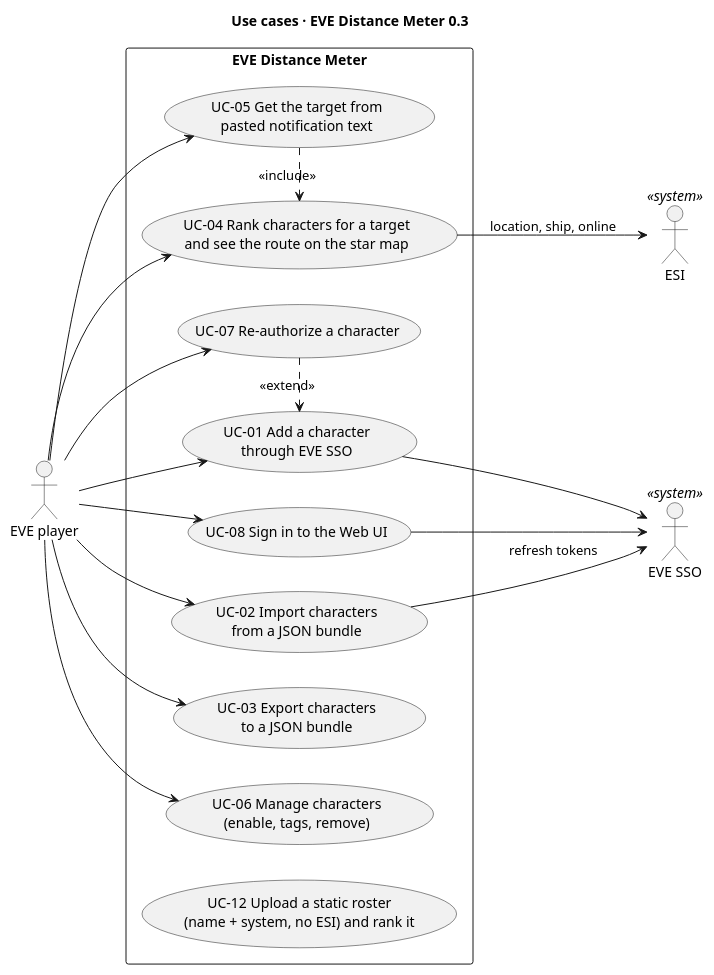
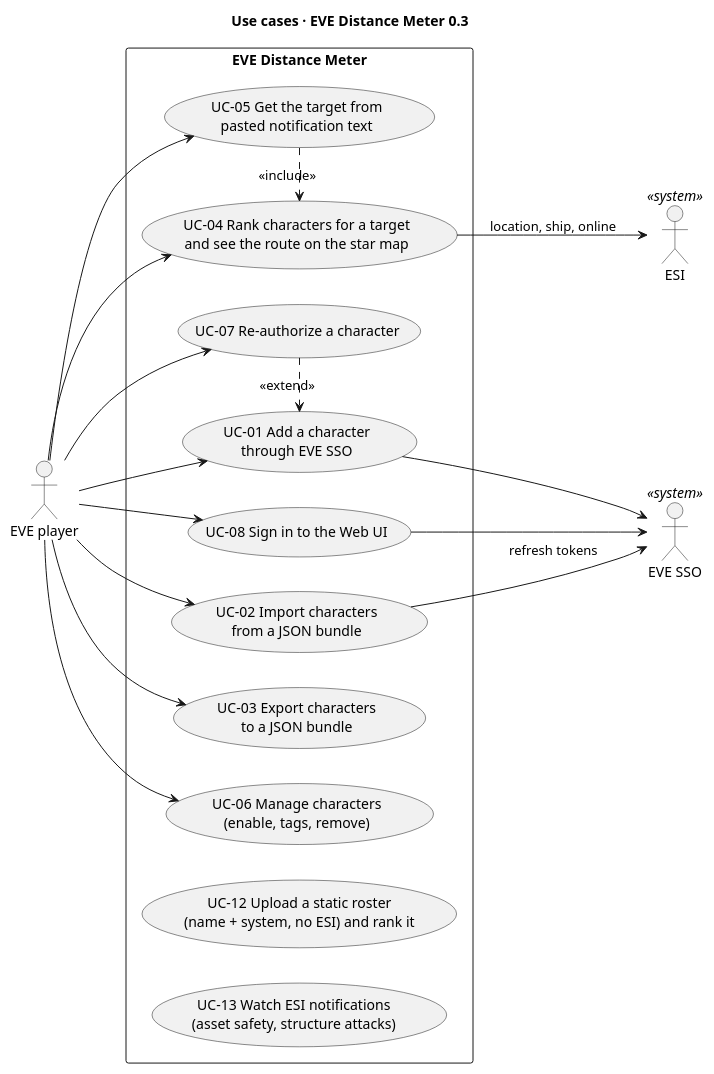
One commit to Headruner/war-bot-2 changed the diagram in docs/c4/00-use-cases.puml. Above: the diagram before and after it, drawn with PlantUML. The commit also changed 8 other files, not shown here.

```diff
--- a/docs/c4/00-use-cases.puml
+++ b/docs/c4/00-use-cases.puml
@@ -1,34 +1,35 @@
 @startuml use-cases
 title Use cases · EVE Distance Meter 0.3
 left to right direction
 skinparam shadowing false
 skinparam packageStyle rectangle
 actor "EVE player" as user
 actor "EVE SSO" as sso <<system>>
 actor "ESI" as esi <<system>>
 rectangle "EVE Distance Meter" {
   usecase "UC-08 Sign in to the Web UI" as UC8
   usecase "UC-01 Add a character\nthrough EVE SSO" as UC1
   usecase "UC-07 Re-authorize a character" as UC7
   usecase "UC-02 Import characters\nfrom a JSON bundle" as UC2
   usecase "UC-03 Export characters\nto a JSON bundle" as UC3
   usecase "UC-06 Manage characters\n(enable, tags, remove)" as UC6
   usecase "UC-04 Rank characters for a target\nand see the route on the star map" as UC4
   usecase "UC-05 Get the target from\npasted notification text" as UC5
   usecase "UC-12 Upload a static roster\n(name + system, no ESI) and rank it" as UC12
+  usecase "UC-13 Watch ESI notifications\n(asset safety, structure attacks)" as UC13
 }
 user --> UC8
 user --> UC1
 user --> UC7
 user --> UC2
 user --> UC3
 user --> UC6
 user --> UC4
 user --> UC5
 UC5 .> UC4 : <<include>>
 UC7 .> UC1 : <<extend>>
 UC8 --> sso
 UC1 --> sso
 UC2 --> sso : refresh tokens
 UC4 --> esi : location, ship, online
 @enduml
```
